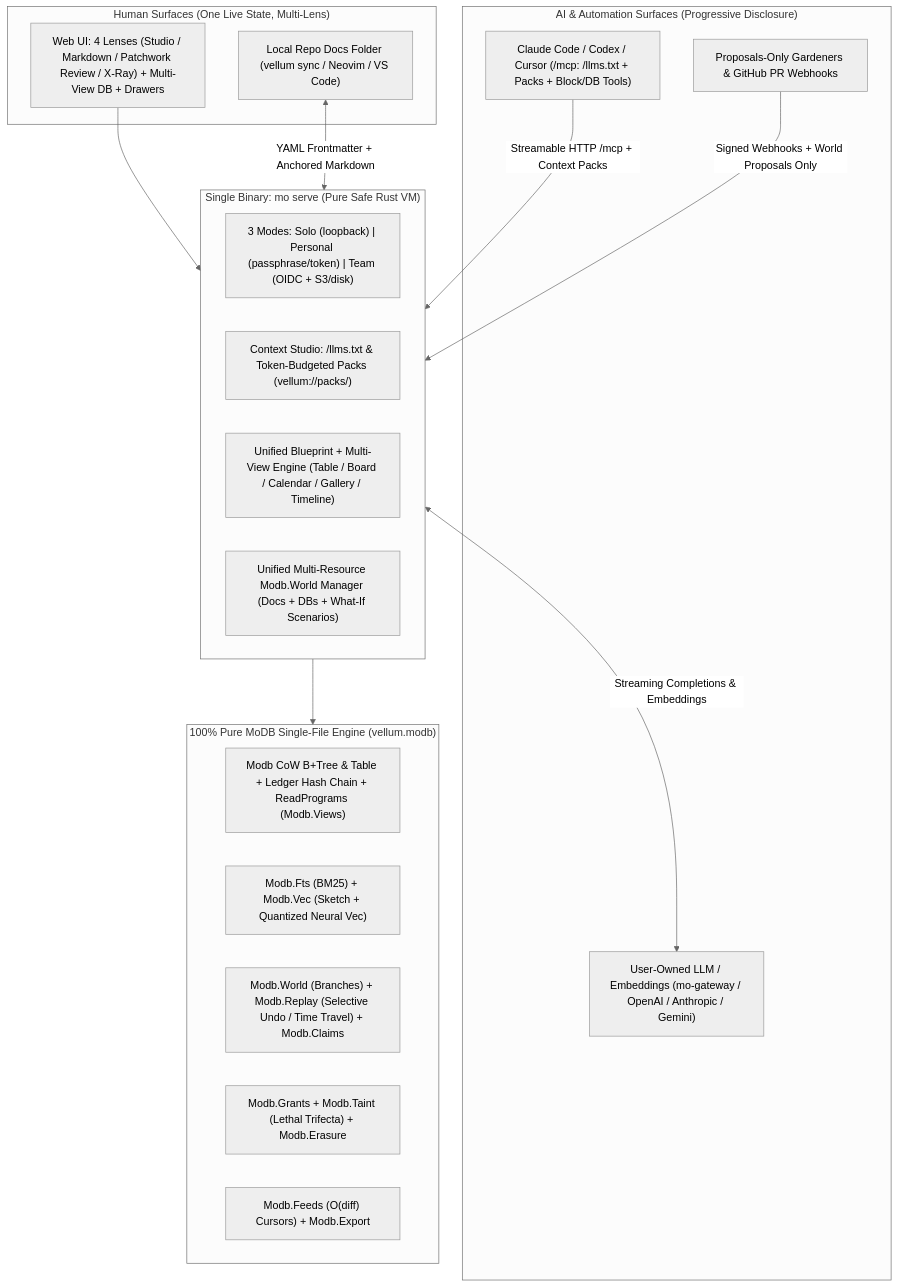
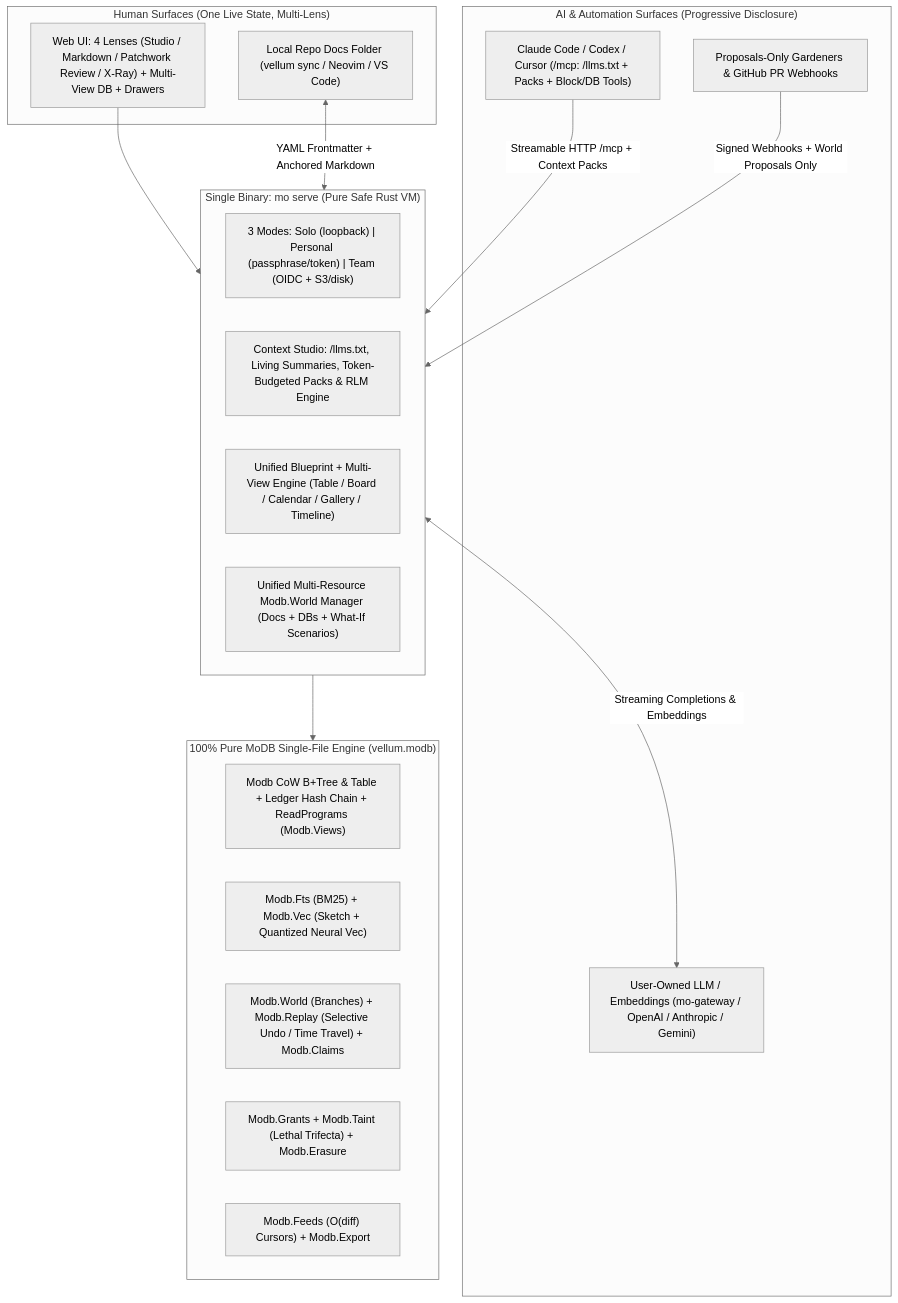
The diagram in docs/v2-vision-and-roadmap.md (robertguss/vellum), drawn with Mermaid (neutral theme) before and after one commit. The commit also changed other lines of this file, not shown here.

Commit message:
docs: lock Branch 6 (RLM Deep Research & Living Summaries) into roadmap

````diff
--- a/docs/v2-vision-and-roadmap.md
+++ b/docs/v2-vision-and-roadmap.md
@@ -49,35 +50,35 @@
 ```mermaid
 flowchart TB
   subgraph Humans["Human Surfaces (One Live State, Multi-Lens)"]
     Web["Web UI: 4 Lenses (Studio / Markdown / Patchwork Review / X-Ray) + Multi-View DB + Drawers"]
     LocalFs["Local Repo Docs Folder (vellum sync / Neovim / VS Code)"]
   end
 
   subgraph Agents["AI & Automation Surfaces (Progressive Disclosure)"]
     Ide["Claude Code / Codex / Cursor (/mcp: /llms.txt + Packs + Block/DB Tools)"]
     Bot["Proposals-Only Gardeners & GitHub PR Webhooks"]
     Llm["User-Owned LLM / Embeddings (mo-gateway / OpenAI / Anthropic / Gemini)"]
   end
 
   subgraph Server["Single Binary: mo serve (Pure Safe Rust VM)"]
     Auth["3 Modes: Solo (loopback) | Personal (passphrase/token) | Team (OIDC + S3/disk)"]
-    Packs["Context Studio: /llms.txt & Token-Budgeted Packs (vellum://packs/<slug>)"]
+    Packs["Context Studio: /llms.txt, Living Summaries, Token-Budgeted Packs & RLM Engine"]
     Views["Unified Blueprint + Multi-View Engine (Table / Board / Calendar / Gallery / Timeline)"]
     Branches["Unified Multi-Resource Modb.World Manager (Docs + DBs + What-If Scenarios)"]
   end
 
   subgraph MoDB["100% Pure MoDB Single-File Engine (vellum.modb)"]
     KV["Modb CoW B+Tree & Table + Ledger Hash Chain + ReadPrograms (Modb.Views)"]
     Search["Modb.Fts (BM25) + Modb.Vec (Sketch + Quantized Neural Vec)"]
     Collab["Modb.World (Branches) + Modb.Replay (Selective Undo / Time Travel) + Modb.Claims"]
     Safety["Modb.Grants + Modb.Taint (Lethal Trifecta) + Modb.Erasure"]
     Reactive["Modb.Feeds (O(diff) Cursors) + Modb.Export"]
   end
 
   Web --> Server
   LocalFs <-->|"YAML Frontmatter + Anchored Markdown"| Server
   Ide -->|"Streamable HTTP /mcp + Context Packs"| Server
   Bot -->|"Signed Webhooks + World Proposals Only"| Server
   Server <-->|"Streaming Completions & Embeddings"| Llm
   Server --> MoDB
 ```
````
